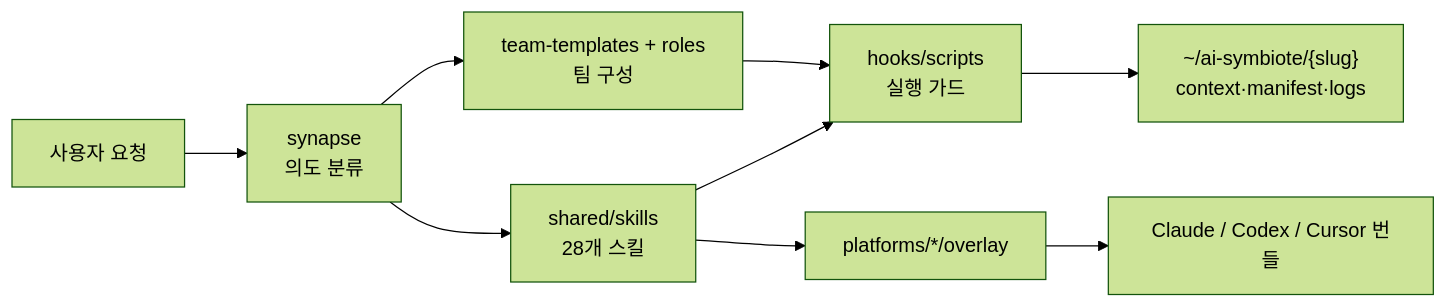
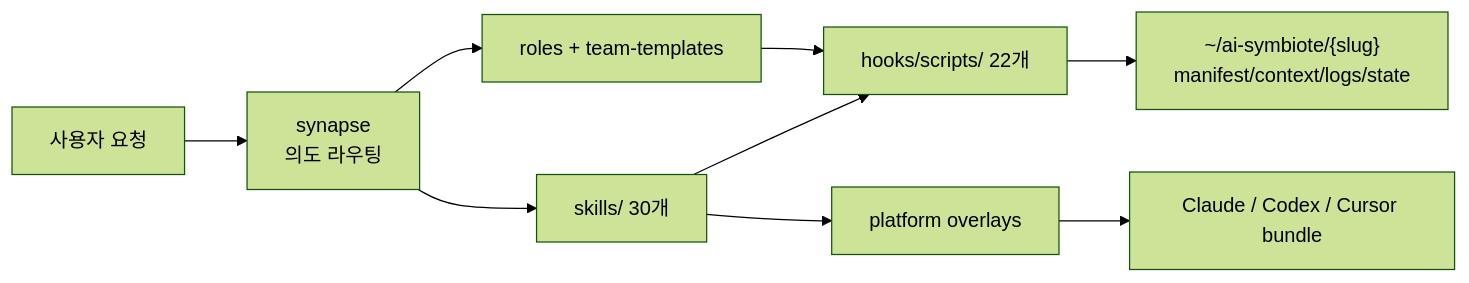
Before and after one commit to Jimmy-Jung/ai-symbiote: the first of 2 diagrams in README.md, drawn with Mermaid (forest theme). The commit also changed other lines of this file, not shown here.

````diff
--- a/README.md
+++ b/README.md
@@ -21,11 +43,11 @@
 ```mermaid
 flowchart LR
-    A["사용자 요청"] --> B["synapse\n의도 분류"]
-    B --> C["shared/skills\n28개 스킬"]
-    B --> D["team-templates + roles\n팀 구성"]
-    C --> E["hooks/scripts\n실행 가드"]
+    A["사용자 요청"] --> B["synapse<br/>의도 라우팅"]
+    B --> C["skills/ 30개"]
+    B --> D["roles + team-templates"]
+    C --> E["hooks/scripts/ 22개"]
     D --> E
-    E --> F["~/ai-symbiote/{slug}\ncontext·manifest·logs"]
-    C --> G["platforms/*/overlay"]
-    G --> H["Claude / Codex / Cursor 번들"]
+    E --> F["~/ai-symbiote/{slug}<br/>manifest/context/logs/state"]
+    C --> G["platform overlays"]
+    G --> H["Claude / Codex / Cursor bundle"]
 ```
````
